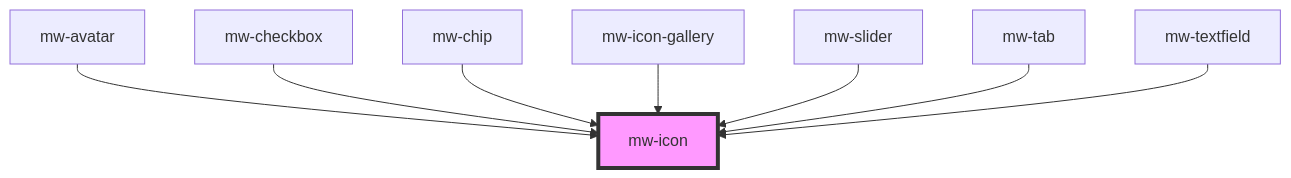
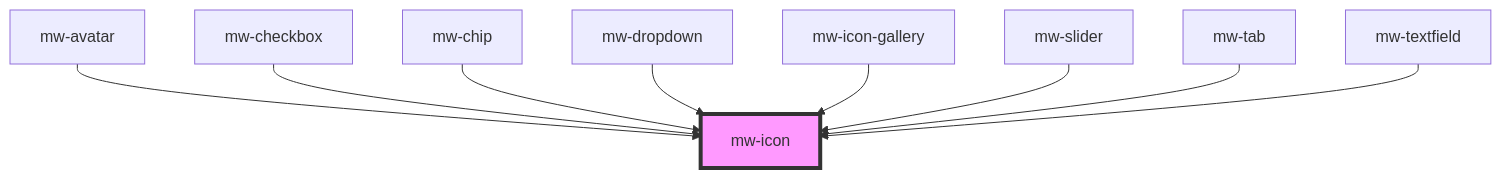
One commit to MaibornWolff/mwui changed the diagram in mwui-stencil/src/components/mw-icon/readme.md. Above: the diagram before and after it, drawn with Mermaid. The commit also changed other lines of this file and 11 other files, not shown here.

````diff
--- a/mwui-stencil/src/components/mw-icon/readme.md
+++ b/mwui-stencil/src/components/mw-icon/readme.md
@@ -29,11 +30,12 @@
 ```mermaid
 graph TD;
   mw-avatar --> mw-icon
   mw-checkbox --> mw-icon
   mw-chip --> mw-icon
+  mw-dropdown --> mw-icon
   mw-icon-gallery --> mw-icon
   mw-slider --> mw-icon
   mw-tab --> mw-icon
   mw-textfield --> mw-icon
   style mw-icon fill:#f9f,stroke:#333,stroke-width:4px
 ```
````
